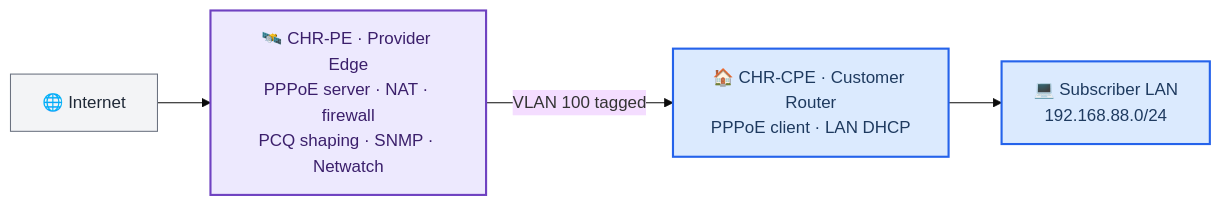
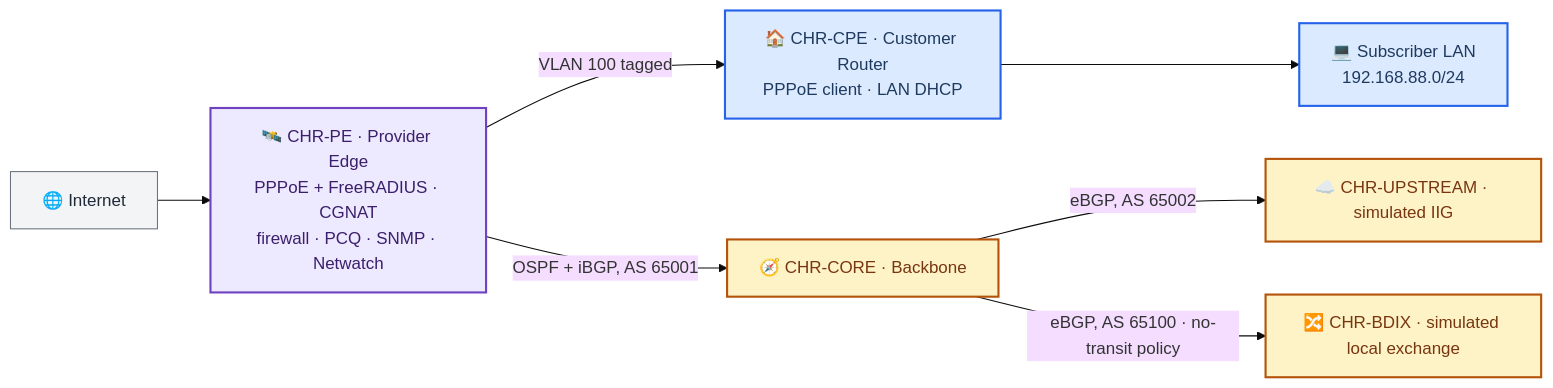
One commit to sakib2588/sakib2588 changed the third of 3 diagrams in README.md. Above: the diagram before and after it, drawn with Mermaid (base theme). The commit also changed other lines of this file, not shown here.

Commit message:
Add SC-200 cert, update MikroTik lab to Phase 2 status, refresh Currently

````diff
--- a/README.md
+++ b/README.md
@@ -83,17 +83,22 @@
 ```mermaid
 flowchart LR
-    accTitle: MikroTik ISP Access Lab
-    accDescr: A provider-edge router runs a PPPoE server on a tagged VLAN. A customer router has no internet path of its own and must authenticate a PPPoE session to reach the internet, which proves the access network is real rather than shortcut.
+    accTitle: MikroTik ISP Access and Backbone Lab
+    accDescr: A provider-edge router runs a PPPoE server authenticated against FreeRADIUS with deterministic CGNAT, on a tagged VLAN. A customer router has no internet path of its own and must authenticate a PPPoE session to reach the internet. The provider edge also peers over OSPF and BGP with a backbone router, which in turn peers with a simulated upstream transit AS and a simulated BDIX local exchange under a proven no-transit policy.
 
-    net["🌐 Internet"] --> pe["🛰️ CHR-PE · Provider Edge<br/>PPPoE server · NAT · firewall<br/>PCQ shaping · SNMP · Netwatch"]
+    net["🌐 Internet"] --> pe["🛰️ CHR-PE · Provider Edge<br/>PPPoE + FreeRADIUS · CGNAT<br/>firewall · PCQ · SNMP · Netwatch"]
     pe -- "VLAN 100 tagged" --> cpe["🏠 CHR-CPE · Customer Router<br/>PPPoE client · LAN DHCP"]
     cpe --> lan["💻 Subscriber LAN<br/>192.168.88.0/24"]
+    pe -- "OSPF + iBGP, AS 65001" --> core["🧭 CHR-CORE · Backbone"]
+    core -- "eBGP, AS 65002" --> upstream["☁️ CHR-UPSTREAM · simulated IIG"]
+    core -- "eBGP, AS 65100 · no-transit policy" --> bdix["🔀 CHR-BDIX · simulated local exchange"]
 
     classDef edge fill:#ede9fe,stroke:#6f42c1,stroke-width:2px,color:#3b1f6b
     classDef cust fill:#dbeafe,stroke:#2563eb,stroke-width:2px,color:#1e3a5f
     classDef infra fill:#f3f4f6,stroke:#6b7280,stroke-width:1px,color:#1f2937
+    classDef backbone fill:#fef3c7,stroke:#b45309,stroke-width:2px,color:#78350f
 
     class pe edge
     class cpe,lan cust
     class net infra
+    class core,upstream,bdix backbone
 ```
````
